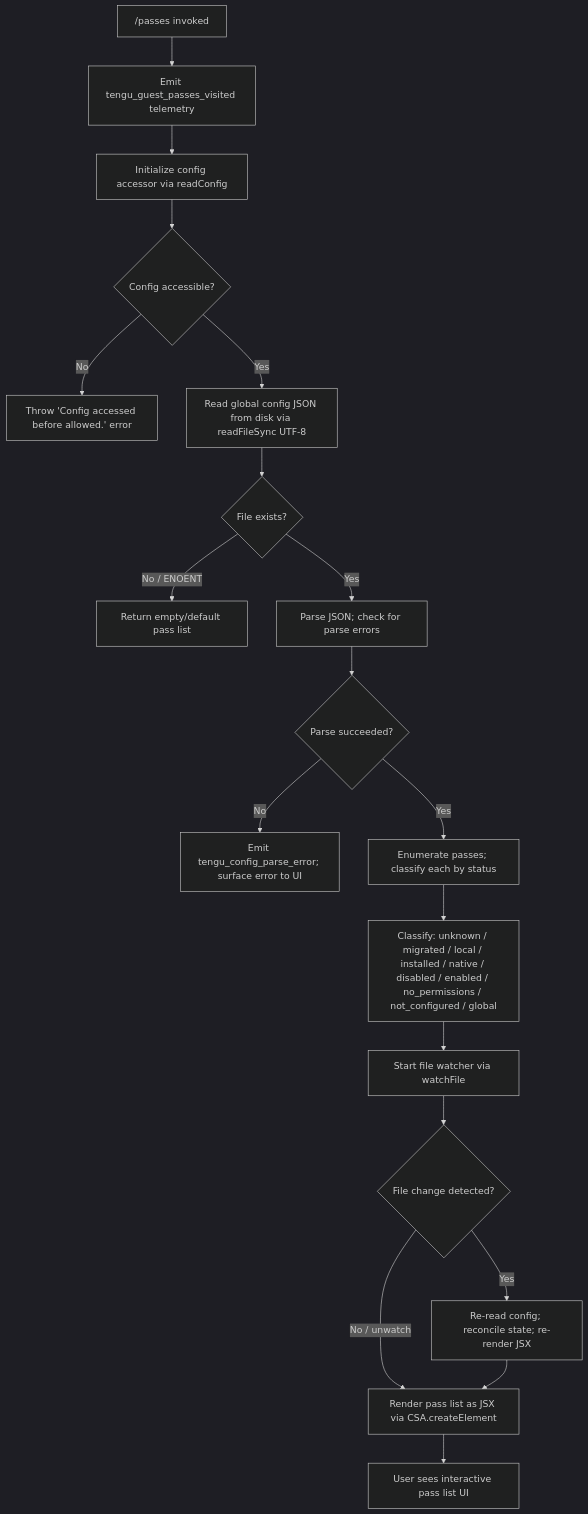
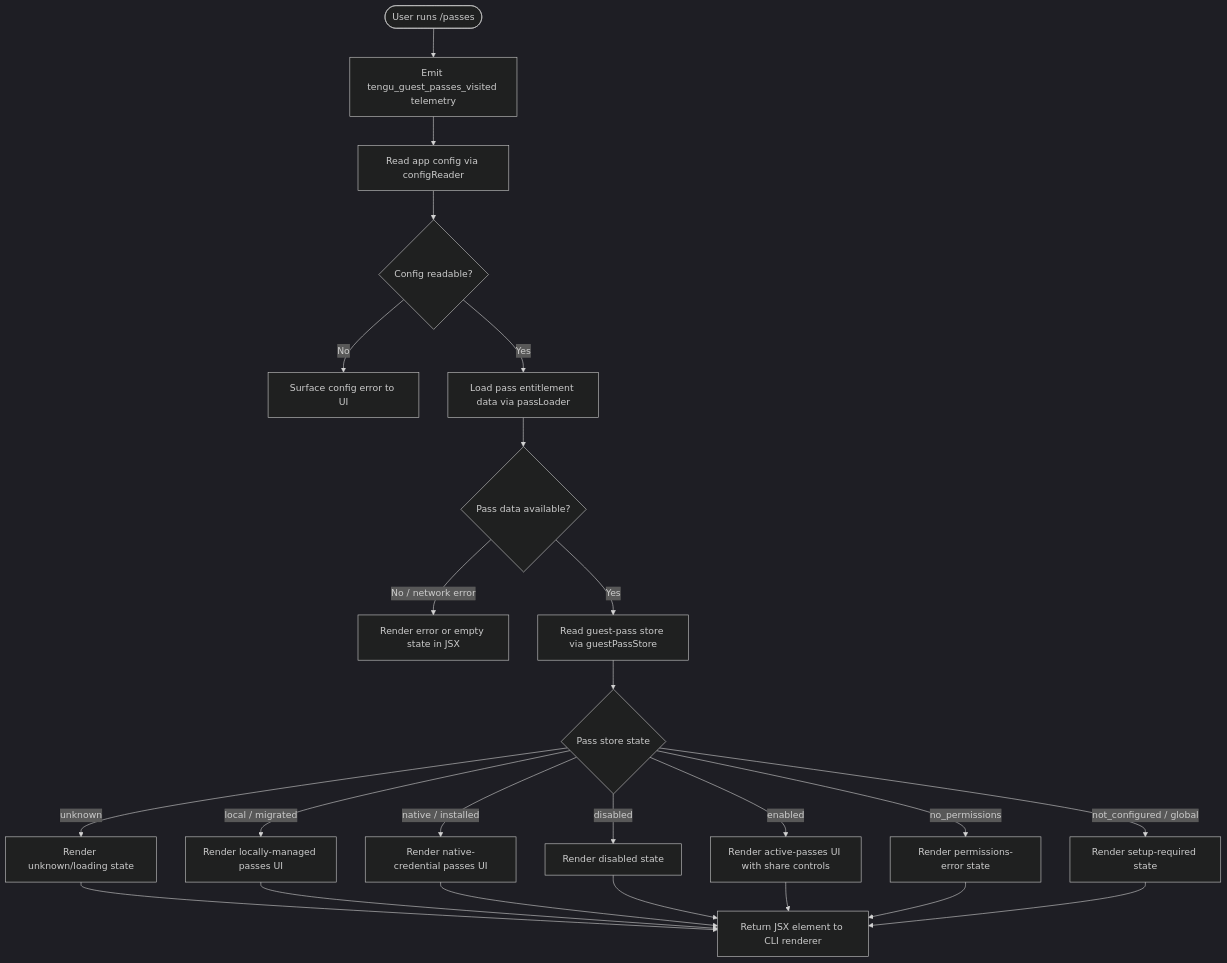
The diagram in versions/v2.1.133/passes.md (MyLittleLuckyDog/cc-gnothi), drawn with Mermaid (dark theme) before and after one commit. The commit also changed other lines of this file and 95 other files, not shown here.

````diff
--- a/versions/v2.1.133/passes.md
+++ b/versions/v2.1.133/passes.md
@@ -45,21 +55,20 @@
 ```mermaid
 flowchart TD
-    A["/passes invoked"] --> B[Emit tengu_guest_passes_visited telemetry]
-    B --> C[Initialize config accessor via readConfig]
-    C --> D{Config accessible?}
-    D -- No --> E[Throw 'Config accessed before allowed.' error]
-    D -- Yes --> F[Read global config JSON from disk via readFileSync UTF-8]
-    F --> G{File exists?}
-    G -- No / ENOENT --> H[Return empty/default pass list]
-    G -- Yes --> I[Parse JSON; check for parse errors]
-    I --> J{Parse succeeded?}
-    J -- No --> K[Emit tengu_config_parse_error; surface error to UI]
-    J -- Yes --> L[Enumerate passes; classify each by status]
-    L --> M[Classify: unknown / migrated / local / installed / native / disabled / enabled / no_permissions / not_configured / global]
-    M --> N[Start file watcher via watchFile]
-    N --> O{File change detected?}
-    O -- Yes --> P[Re-read config; reconcile state; re-render JSX]
-    O -- No / unwatch --> Q[Render pass list as JSX via CSA.createElement]
-    P --> Q
-    Q --> R[User sees interactive pass list UI]
+    A([User runs /passes]) --> B[Emit tengu_guest_passes_visited telemetry]
+    B --> C[Read app config via configReader]
+    C --> D{Config readable?}
+    D -- No --> E[Surface config error to UI]
+    D -- Yes --> F[Load pass entitlement data via passLoader]
+    F --> G{Pass data available?}
+    G -- No / network error --> H[Render error or empty state in JSX]
+    G -- Yes --> I[Read guest-pass store via guestPassStore]
+    I --> J{Pass store state}
+    J -- unknown --> K[Render unknown/loading state]
+    J -- local / migrated --> L[Render locally-managed passes UI]
+    J -- native / installed --> M[Render native-credential passes UI]
+    J -- disabled --> N[Render disabled state]
+    J -- enabled --> O[Render active-passes UI with share controls]
+    J -- no_permissions --> P[Render permissions-error state]
+    J -- not_configured / global --> Q[Render setup-required state]
+    K & L & M & N & O & P & Q --> R[Return JSX element to CLI renderer]
 ```
````
